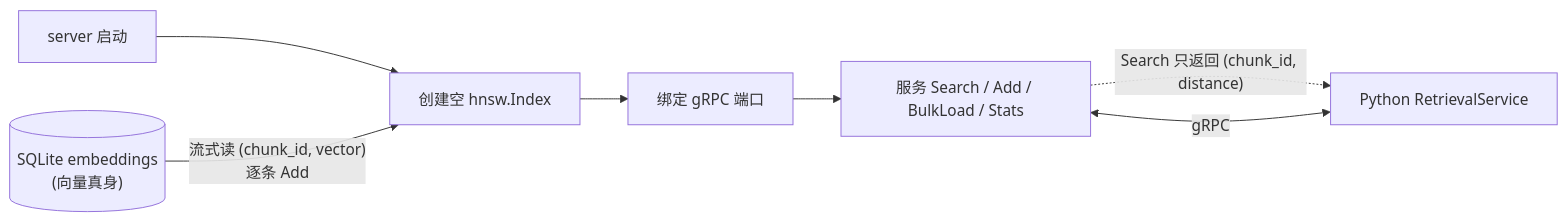
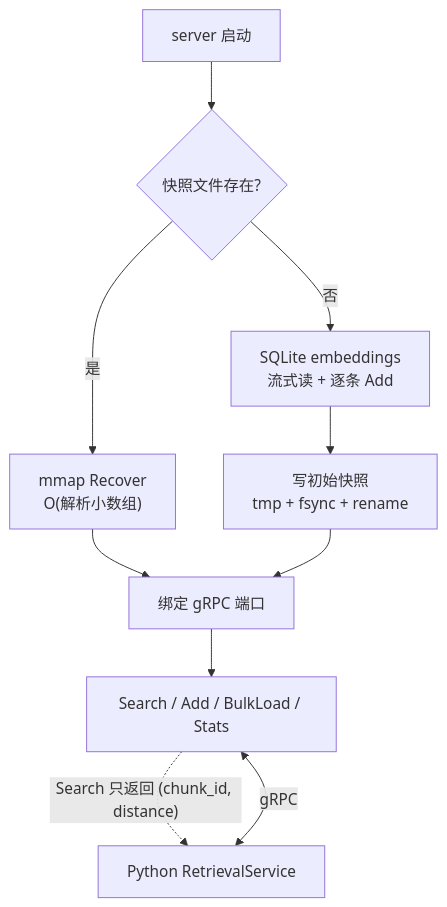
One commit to AndyUneducated/repo-sage changed diagram 11 of 11 in README.md. Above: the diagram before and after it, drawn with Mermaid. The commit also changed other lines of this file and 3 other files, not shown here.

````diff
--- a/README.md
+++ b/README.md
@@ -304,9 +304,12 @@
 ```mermaid
-flowchart LR
-  Boot["server 启动"] --> Idx["创建空 hnsw.Index"]
-  DB[("SQLite embeddings<br/>(向量真身)")] -->|"流式读 (chunk_id, vector)<br/>逐条 Add"| Idx
-  Idx --> Bind["绑定 gRPC 端口"]
-  Bind --> Serve["服务 Search / Add / BulkLoad / Stats"]
+flowchart TD
+  Boot["server 启动"] --> HasSnap{"快照文件存在?"}
+  HasSnap -->|是| Recover["mmap Recover<br/>O(解析小数组)"]
+  HasSnap -->|否| Stream["SQLite embeddings<br/>流式读 + 逐条 Add"]
+  Stream --> WriteSnap["写初始快照<br/>tmp + fsync + rename"]
+  Recover --> Bind["绑定 gRPC 端口"]
+  WriteSnap --> Bind
+  Bind --> Serve["Search / Add / BulkLoad / Stats"]
   Py["Python RetrievalService"] <-->|"gRPC"| Serve
   Serve -. "Search 只返回 (chunk_id, distance)" .-> Py
 ```
````
